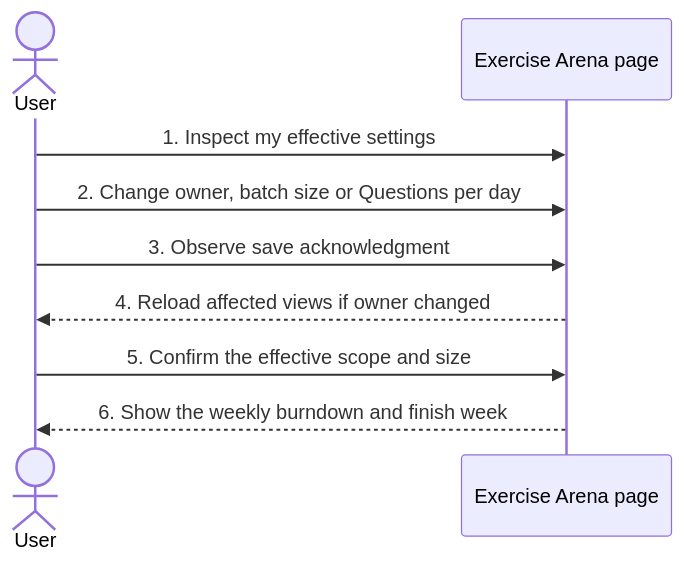
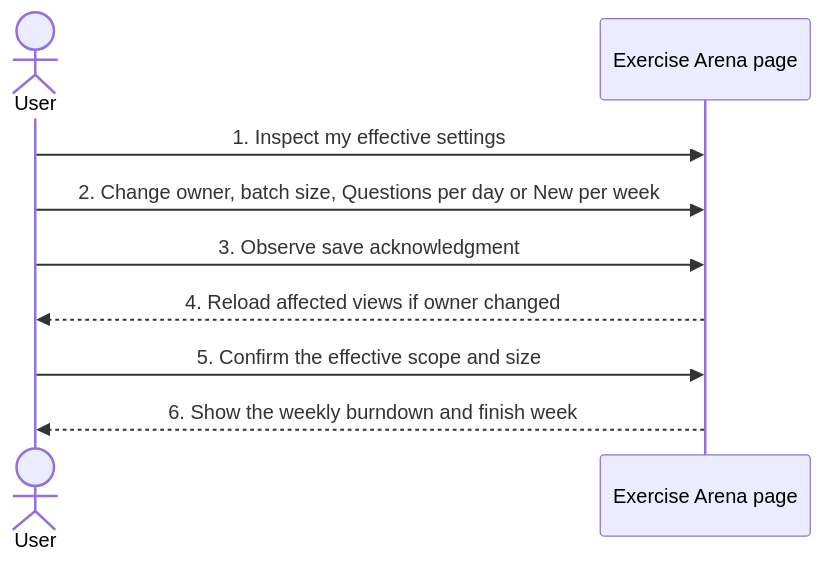
Before and after one commit to lengthlong/exercise_arena: the diagram in journey/0006-manage-settings.md, drawn with Mermaid. The commit also changed other lines of this file and 13 other files, not shown here.

First line of the commit message:
Write off 0051: shared paper plan with per-user marks, adjustable New per week, faster forecast

````diff
--- a/journey/0006-manage-settings.md
+++ b/journey/0006-manage-settings.md
@@ -9,11 +9,11 @@
 ```mermaid
 sequenceDiagram
     actor U as User
     participant P as Exercise Arena page
     U->>P: 1. Inspect my effective settings
-    U->>P: 2. Change owner, batch size or Questions per day
+    U->>P: 2. Change owner, batch size, Questions per day or New per week
     U->>P: 3. Observe save acknowledgment
     P-->>U: 4. Reload affected views if owner changed
     U->>P: 5. Confirm the effective scope and size
     P-->>U: 6. Show the weekly burndown and finish week
 ```
````
